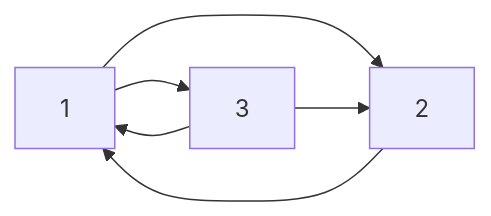
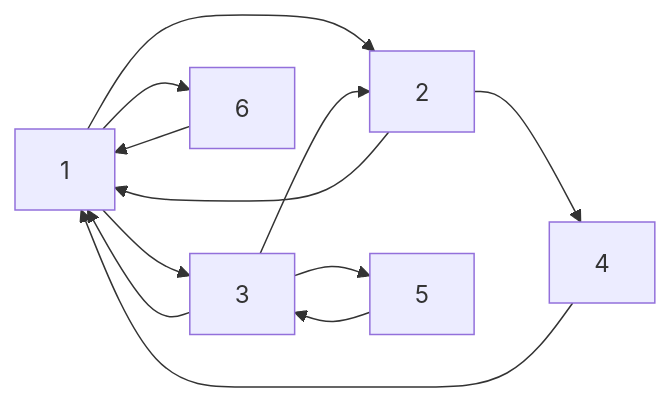
Before and after one commit to boddaert/snt: the first of 3 diagrams in seconde/Web/Moteurs_de_recherche.md, drawn with Mermaid. The commit also changed other lines of this file, not shown here.

````diff
--- a/seconde/Web/Moteurs_de_recherche.md
+++ b/seconde/Web/Moteurs_de_recherche.md
@@ -60,8 +60,14 @@
 ```mermaid
   graph LR;
       1-->2;
-      2-->1;
+      2-->4;
+      4-->1;
+      3-->5;
+      5-->3;
       1-->3;
       3-->1;
+      2-->1;
+      1-->6;
+      6-->1;
       3-->2;
 ```
````
